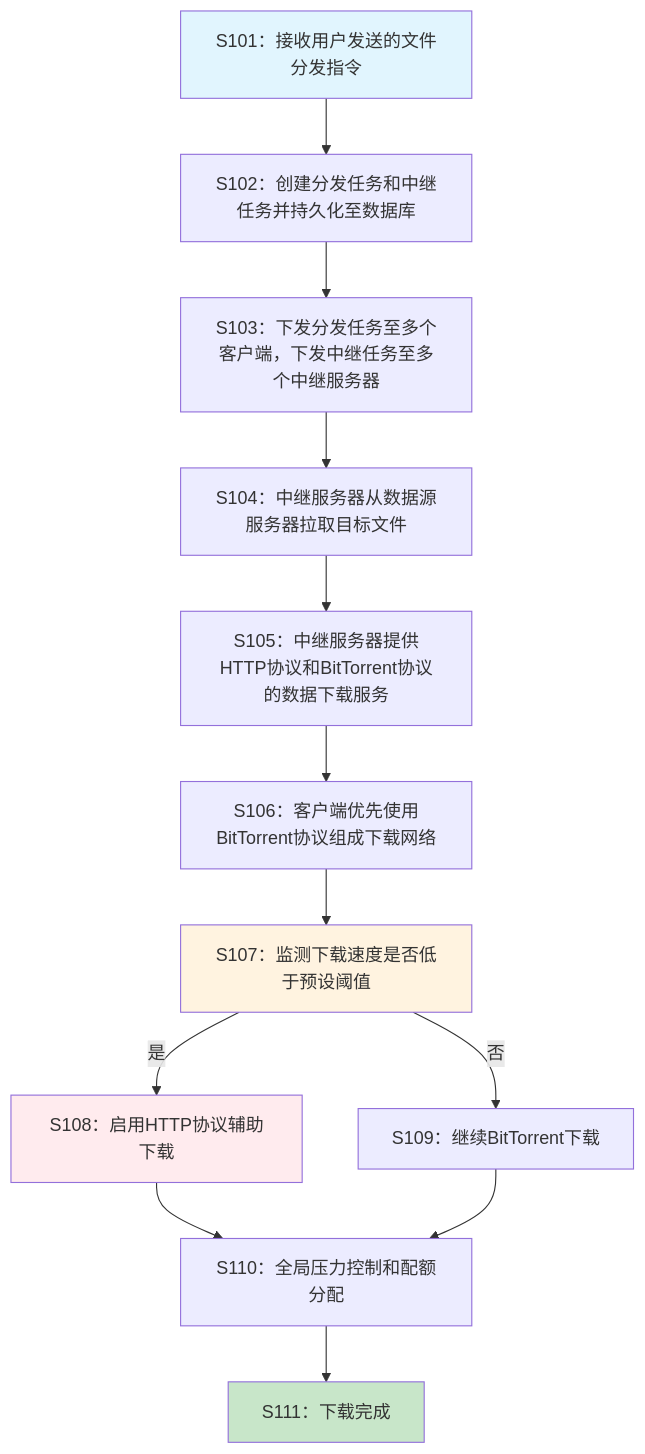
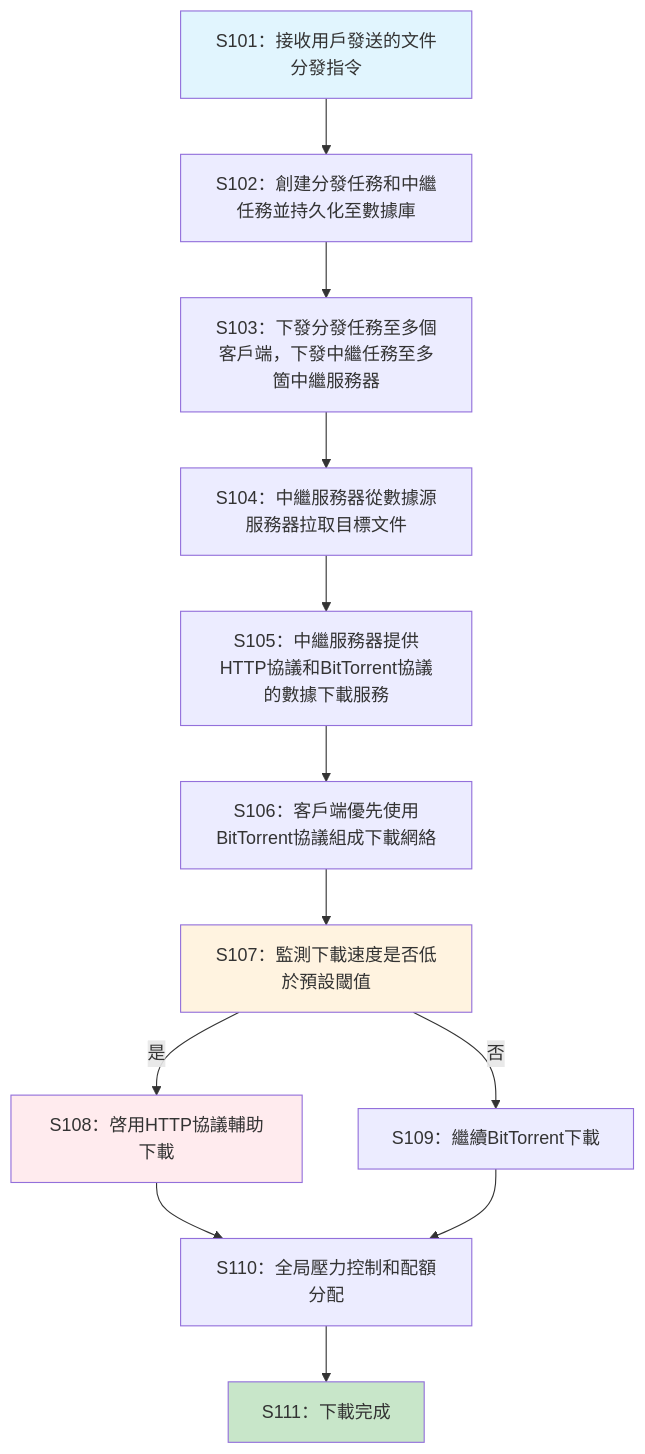
One commit to Raw1mage/PatentDrafter changed the first of 3 diagrams in data/example_patent.md. Above: the diagram before and after it, drawn with Mermaid. The commit also changed other lines of this file, not shown here.

````diff
--- a/data/example_patent.md
+++ b/data/example_patent.md
@@ -192,19 +192,19 @@
 ```mermaid
 graph TD
-    A[S101：接收用户发送的文件分发指令] --> B[S102：创建分发任务和中继任务并持久化至数据库]
-    B --> C[S103：下发分发任务至多个客户端，下发中继任务至多个中继服务器]
-    C --> D[S104：中继服务器从数据源服务器拉取目标文件]
-    D --> E[S105：中继服务器提供HTTP协议和BitTorrent协议的数据下载服务]
-    E --> F[S106：客户端优先使用BitTorrent协议组成下载网络]
-    F --> G[S107：监测下载速度是否低于预设阈值]
-    G -->|是| H[S108：启用HTTP协议辅助下载]
-    G -->|否| I[S109：继续BitTorrent下载]
-    H --> J[S110：全局压力控制和配额分配]
+    A[S101：接收用戶發送的文件分發指令] --> B[S102：創建分發任務和中繼任務並持久化至數據庫]
+    B --> C[S103：下發分發任務至多個客戶端，下發中繼任務至多箇中繼服務器]
+    C --> D[S104：中繼服務器從數據源服務器拉取目標文件]
+    D --> E[S105：中繼服務器提供HTTP協議和BitTorrent協議的數據下載服務]
+    E --> F[S106：客戶端優先使用BitTorrent協議組成下載網絡]
+    F --> G[S107：監測下載速度是否低於預設閾值]
+    G -->|是| H[S108：啓用HTTP協議輔助下載]
+    G -->|否| I[S109：繼續BitTorrent下載]
+    H --> J[S110：全局壓力控制和配額分配]
     I --> J
-    J --> K[S111：下载完成]
+    J --> K[S111：下載完成]
 
     style A fill:#e1f5fe
     style K fill:#c8e6c9
     style G fill:#fff3e0
     style H fill:#ffebee
 ```
````
